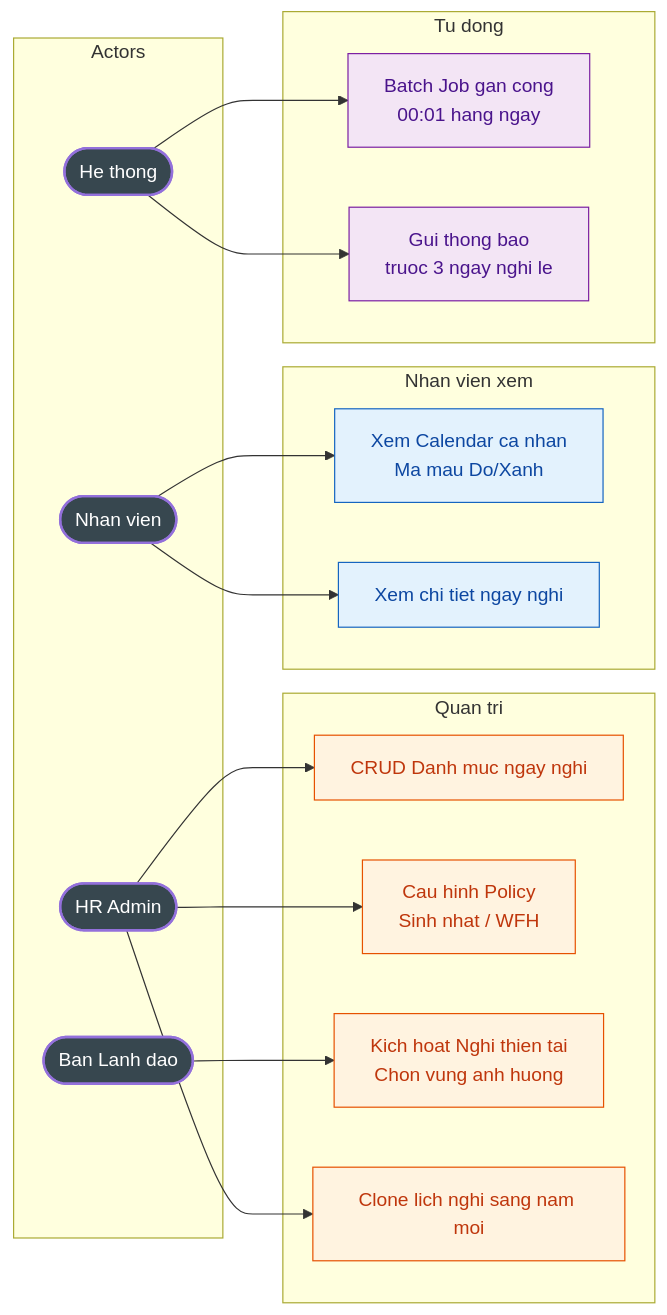
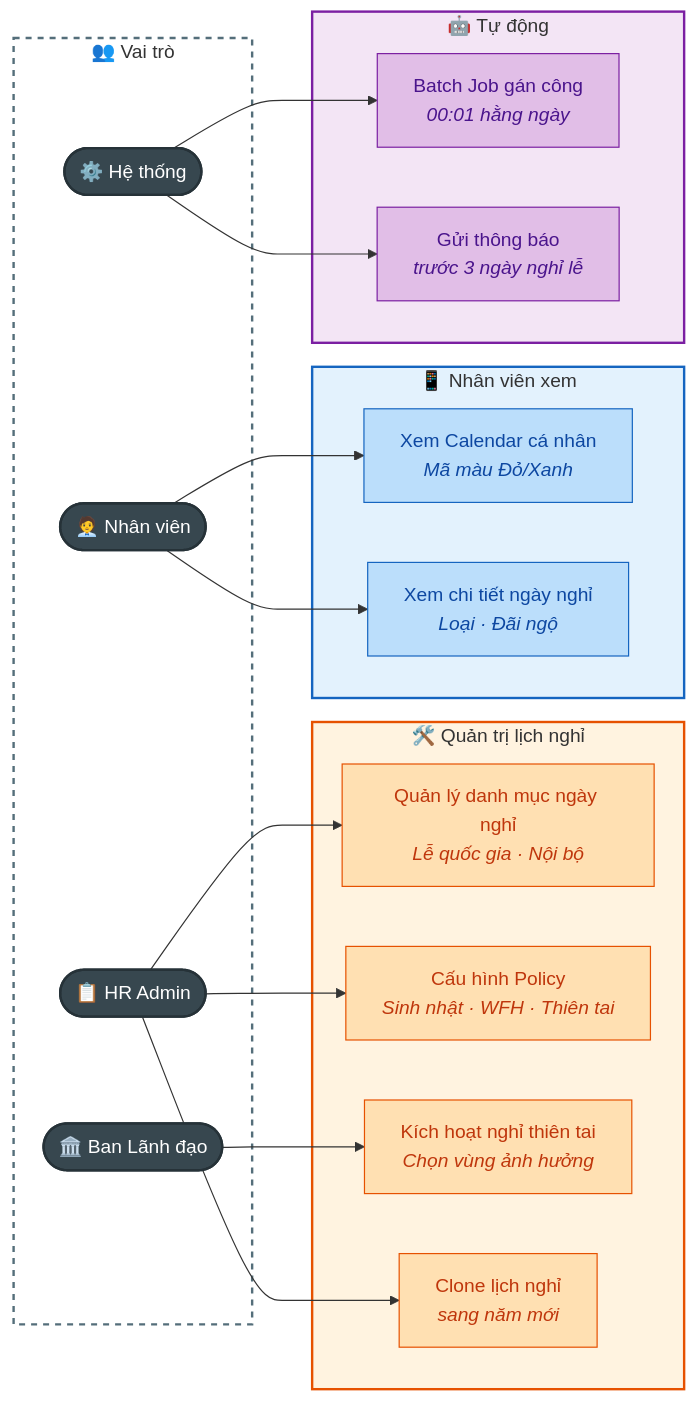
Before and after one commit to olbboy/BA-Kit: the second of 2 diagrams in outputs/mini-app-cham-cong/2.11-Mini-app/2.11.7.-Cấu-hình-lịch-nghỉ/README.md, drawn with Mermaid. The commit also changed other lines of this file and 5 other files, not shown here.

First line of the commit message:
style: rewrite all 11 Mermaid diagrams — full Vietnamese + visual upgrade

````diff
--- a/outputs/mini-app-cham-cong/2.11-Mini-app/2.11.7.-Cấu-hình-lịch-nghỉ/README.md
+++ b/outputs/mini-app-cham-cong/2.11-Mini-app/2.11.7.-Cấu-hình-lịch-nghỉ/README.md
@@ -75,41 +86,46 @@
 ```mermaid
 graph LR
-    subgraph Actors
-        HR([HR Admin])
-        NV([Nhan vien])
-        BGD([Ban Lanh dao])
-        SYS([He thong])
+    subgraph actors [" 👥 Vai trò "]
+        HR(["📋 HR Admin"])
+        NV(["🧑‍💼 Nhân viên"])
+        BGD(["🏛️ Ban Lãnh đạo"])
+        SYS(["⚙️ Hệ thống"])
     end
 
-    subgraph Admin_UC["Quan tri"]
-        UC1[CRUD Danh muc ngay nghi]
-        UC2[Cau hinh Policy<br/>Sinh nhat / WFH]
-        UC3[Kich hoat Nghi thien tai<br/>Chon vung anh huong]
-        UC4[Clone lich nghi sang nam moi]
+    subgraph admin_uc [" 🛠️ Quản trị lịch nghỉ "]
+        UC1["Quản lý danh mục ngày nghỉ<br/><i>Lễ quốc gia · Nội bộ</i>"]
+        UC2["Cấu hình Policy<br/><i>Sinh nhật · WFH · Thiên tai</i>"]
+        UC3["Kích hoạt nghỉ thiên tai<br/><i>Chọn vùng ảnh hưởng</i>"]
+        UC4["Clone lịch nghỉ<br/><i>sang năm mới</i>"]
     end
 
-    subgraph Employee_UC["Nhan vien xem"]
-        UC5[Xem Calendar ca nhan<br/>Ma mau Do/Xanh]
-        UC6[Xem chi tiet ngay nghi]
+    subgraph emp_uc [" 📱 Nhân viên xem "]
+        UC5["Xem Calendar cá nhân<br/><i>Mã màu Đỏ/Xanh</i>"]
+        UC6["Xem chi tiết ngày nghỉ<br/><i>Loại · Đãi ngộ</i>"]
     end
 
-    subgraph System_UC["Tu dong"]
-        UC7[Batch Job gan cong<br/>00:01 hang ngay]
-        UC8[Gui thong bao<br/>truoc 3 ngay nghi le]
+    subgraph sys_uc [" 🤖 Tự động "]
+        UC7["Batch Job gán công<br/><i>00:01 hằng ngày</i>"]
+        UC8["Gửi thông báo<br/><i>trước 3 ngày nghỉ lễ</i>"]
     end
 
     HR --> UC1 & UC2 & UC4
     BGD --> UC3
     NV --> UC5 & UC6
     SYS --> UC7 & UC8
 
-    classDef actor fill:#37474F,color:#fff,stroke-width:2px
-    classDef admin fill:#FFF3E0,stroke:#E65100,color:#BF360C
-    classDef emp fill:#E3F2FD,stroke:#1565C0,color:#0D47A1
-    classDef sys fill:#F3E5F5,stroke:#7B1FA2,color:#4A148C
+    style actors fill:none,stroke:#546E7A,stroke-width:2px,stroke-dasharray:5
+    style admin_uc fill:#FFF3E0,stroke:#E65100,stroke-width:2px
+    style emp_uc fill:#E3F2FD,stroke:#1565C0,stroke-width:2px
+    style sys_uc fill:#F3E5F5,stroke:#7B1FA2,stroke-width:2px
 
-    class HR,NV,BGD,SYS actor
-    class UC1,UC2,UC3,UC4 admin
-    class UC5,UC6 emp
-    class UC7,UC8 sys
+    classDef actorNode fill:#37474F,color:#fff,stroke:#263238,stroke-width:2px
+    classDef adminNode fill:#FFE0B2,stroke:#E65100,color:#BF360C
+    classDef empNode fill:#BBDEFB,stroke:#1565C0,color:#0D47A1
+    classDef sysNode fill:#E1BEE7,stroke:#7B1FA2,color:#4A148C
+
+    class HR,NV,BGD,SYS actorNode
+    class UC1,UC2,UC3,UC4 adminNode
+    class UC5,UC6 empNode
+    class UC7,UC8 sysNode
 ```
````
